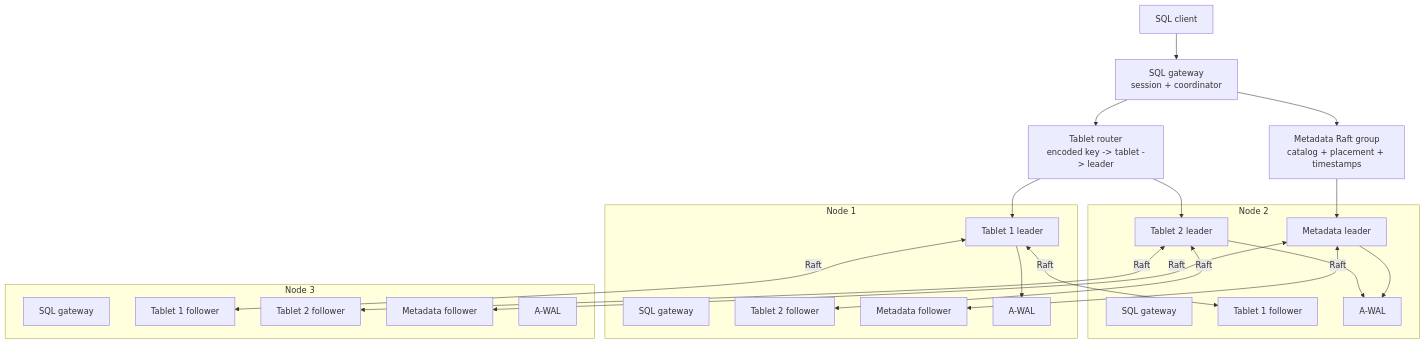
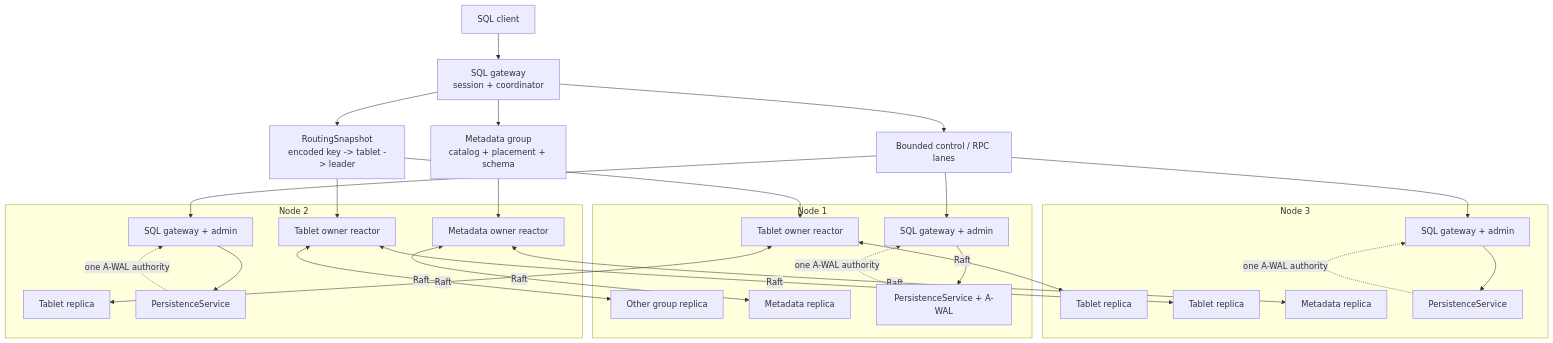
Before and after one commit to Aditya-1304/ragnordb: the second of 8 diagrams in README.md, drawn with Mermaid. The commit also changed other lines of this file, not shown here.

````diff
--- a/README.md
+++ b/README.md
@@ -659,52 +713,60 @@
 ```mermaid
 flowchart TB
     Client["SQL client"]
     Gateway["SQL gateway<br/>session + coordinator"]
-    Metadata["Metadata Raft group<br/>catalog + placement + timestamps"]
-    Router["Tablet router<br/>encoded key -> tablet -> leader"]
+    Metadata["Metadata group<br/>catalog + placement + schema"]
+    Router["RoutingSnapshot<br/>encoded key -> tablet -> leader"]
+    Control["Bounded control / RPC lanes"]
 
     subgraph N1["Node 1"]
-        N1Gateway["SQL gateway"]
-        T1Leader["Tablet 1 leader"]
-        T2FollowerA["Tablet 2 follower"]
-        MetaFollowerA["Metadata follower"]
-        WalA["A-WAL"]
+        N1Gateway["SQL gateway + admin"]
+        T1Leader["Tablet owner reactor"]
+        T2FollowerA["Other group replica"]
+        MetaFollowerA["Metadata replica"]
+        PersistA["PersistenceService + A-WAL"]
     end
 
     subgraph N2["Node 2"]
-        N2Gateway["SQL gateway"]
-        T1FollowerA["Tablet 1 follower"]
-        T2Leader["Tablet 2 leader"]
-        MetaLeader["Metadata leader"]
-        WalB["A-WAL"]
+        N2Gateway["SQL gateway + admin"]
+        T1FollowerA["Tablet replica"]
+        T2Leader["Tablet owner reactor"]
+        MetaLeader["Metadata owner reactor"]
+        PersistB["PersistenceService"]
     end
 
     subgraph N3["Node 3"]
-        N3Gateway["SQL gateway"]
-        T1FollowerB["Tablet 1 follower"]
-        T2FollowerB["Tablet 2 follower"]
-        MetaFollowerB["Metadata follower"]
-        WalC["A-WAL"]
+        N3Gateway["SQL gateway + admin"]
+        T1FollowerB["Tablet replica"]
+        T2FollowerB["Tablet replica"]
+        MetaFollowerB["Metadata replica"]
+        PersistC["PersistenceService"]
     end
 
     Client --> Gateway
     Gateway --> Metadata
     Gateway --> Router
+    Gateway --> Control
+    Control --> N1Gateway
+    Control --> N2Gateway
+    Control --> N3Gateway
 
     Router --> T1Leader
     Router --> T2Leader
 
     T1Leader <-->|Raft| T1FollowerA
     T1Leader <-->|Raft| T1FollowerB
 
     T2Leader <-->|Raft| T2FollowerA
     T2Leader <-->|Raft| T2FollowerB
 
     Metadata --> MetaLeader
     MetaLeader <-->|Raft| MetaFollowerA
     MetaLeader <-->|Raft| MetaFollowerB
 
-    T1Leader --> WalA
-    T2Leader --> WalB
-    MetaLeader --> WalB
+    N1Gateway --> PersistA
+    N2Gateway --> PersistB
+    N3Gateway --> PersistC
+    PersistA -. "one A-WAL authority" .-> N1Gateway
+    PersistB -. "one A-WAL authority" .-> N2Gateway
+    PersistC -. "one A-WAL authority" .-> N3Gateway
 ```
````
